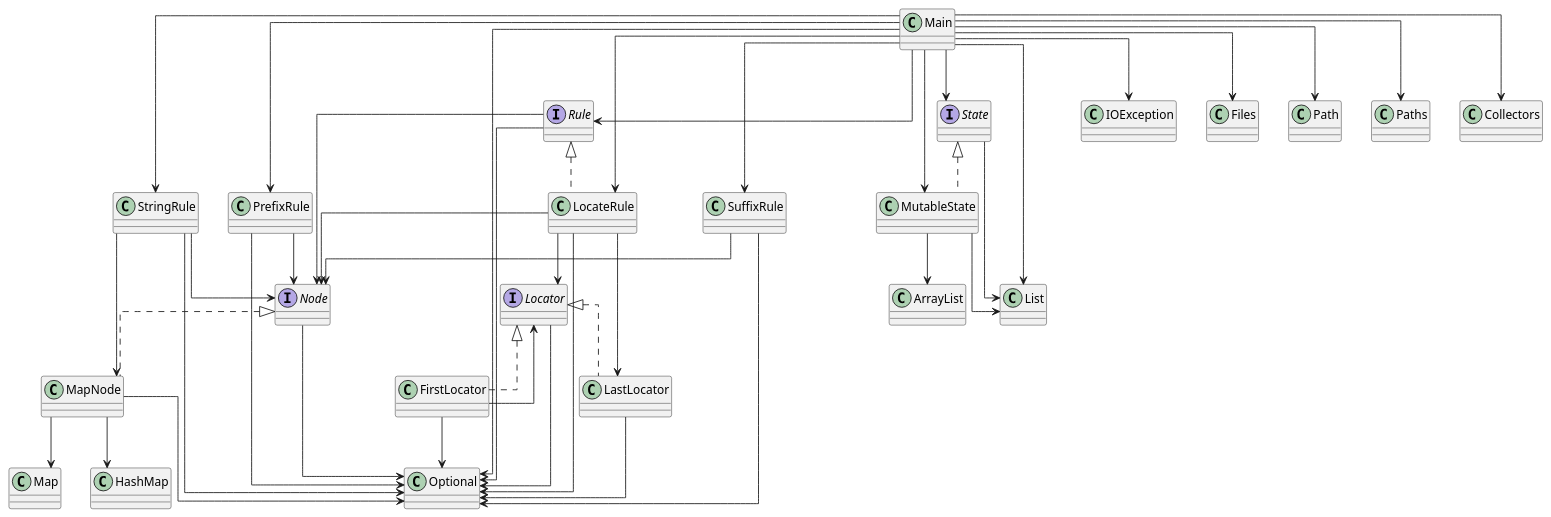
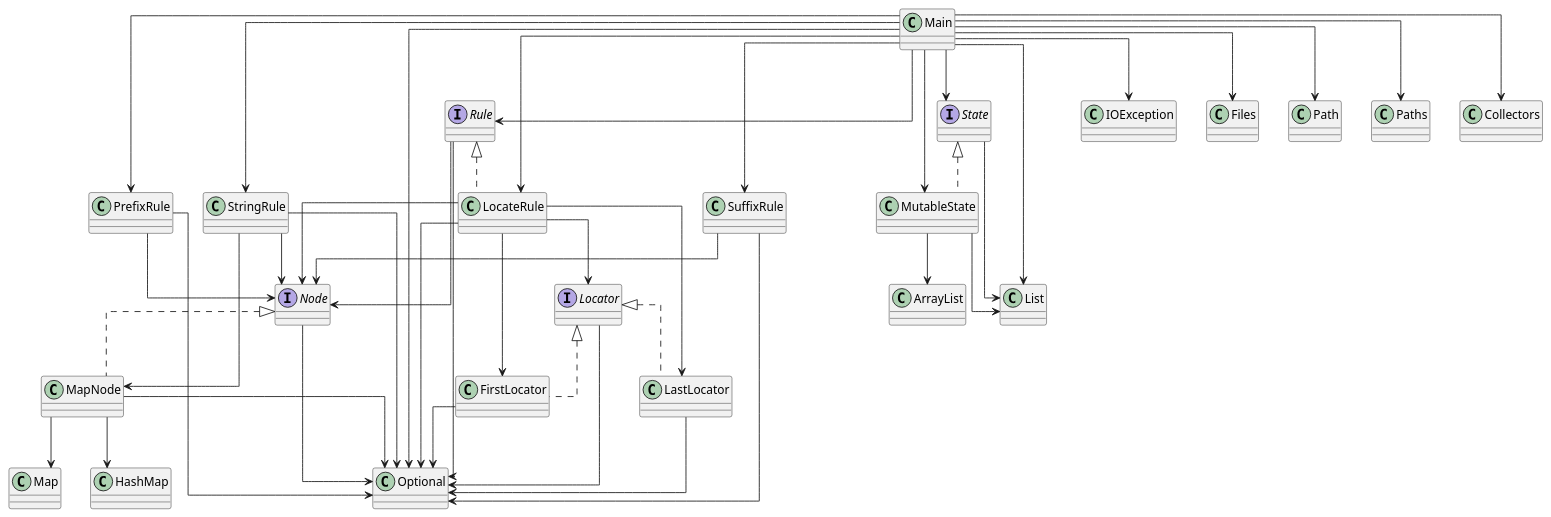
One commit to SirMathhman/Magma changed the diagram in diagram.puml. Above: the diagram before and after it, drawn with PlantUML. The commit also changed 2 other files, not shown here.

```diff
--- a/diagram.puml
+++ b/diagram.puml
@@ -1,51 +1,51 @@
 @startuml
 skinparam linetype ortho
 Node --> Optional
 interface Node
 Rule --> Node
 Rule --> Optional
 interface Rule
 StringRule --> MapNode
 StringRule --> Node
 StringRule --> Optional
 Locator --> Optional
 interface Locator
 PrefixRule --> Node
 PrefixRule --> Optional
-FirstLocator --> Locator
 FirstLocator --> Optional
 class FirstLocator implements Locator
+LocateRule --> FirstLocator
 LocateRule --> LastLocator
 LocateRule --> Locator
 LocateRule --> Node
 LocateRule --> Optional
 class LocateRule implements Rule
 MutableState --> ArrayList
 MutableState --> List
 class MutableState implements State
 Main --> LocateRule
 Main --> MutableState
 Main --> PrefixRule
 Main --> Rule
 Main --> State
 Main --> StringRule
 Main --> SuffixRule
 Main --> IOException
 Main --> Files
 Main --> Path
 Main --> Paths
 Main --> List
 Main --> Optional
 Main --> Collectors
 class Main
 MapNode --> HashMap
 MapNode --> Map
 MapNode --> Optional
 class MapNode implements Node
 SuffixRule --> Node
 SuffixRule --> Optional
 LastLocator --> Optional
 class LastLocator implements Locator
 State --> List
 interface State
 @enduml
```
